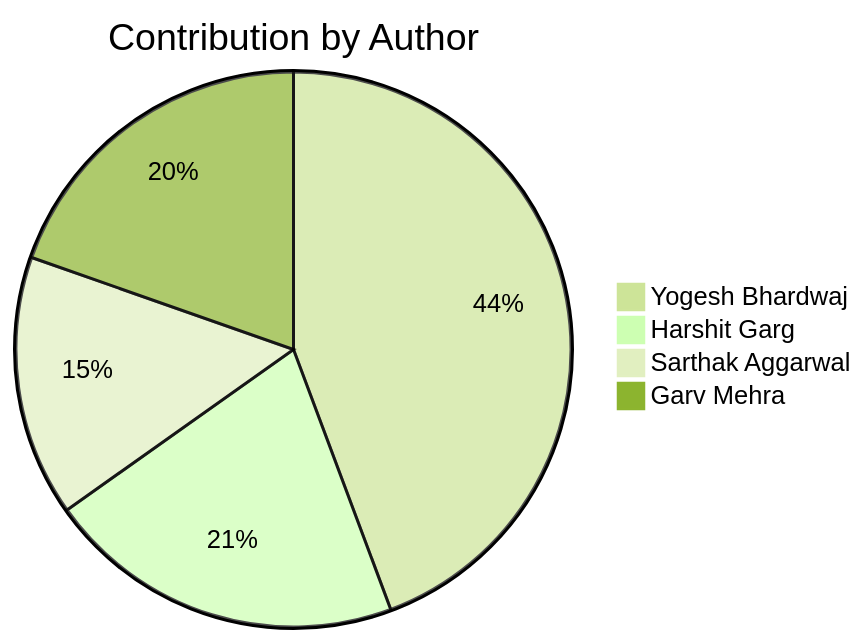
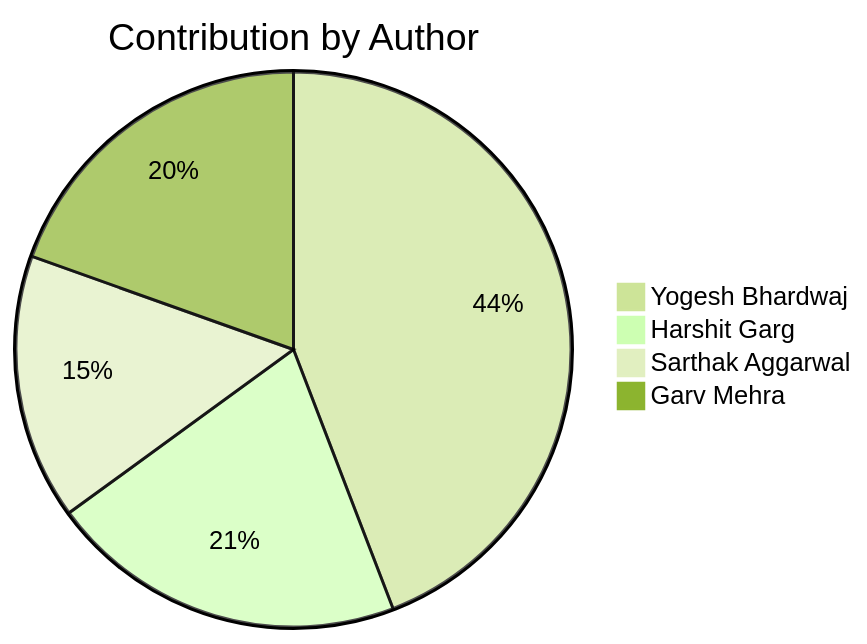
Before and after one commit to Yogesh-Bhardwaj-hue/Scm-Final_2.0: the second of 2 diagrams in README.md, drawn with Mermaid (forest theme). The commit also changed other lines of this file, not shown here.

Commit message:
ht3K39gvfqwV

````diff
--- a/README.md
+++ b/README.md
@@ -190,7 +190,7 @@
 ```mermaid
 pie title Contribution by Author
     "Yogesh Bhardwaj": 140
     "Harshit Garg": 66
-    "Sarthak Aggarwal": 48
+    "Sarthak Aggarwal": 49
     "Garv Mehra": 62
 ```
````
